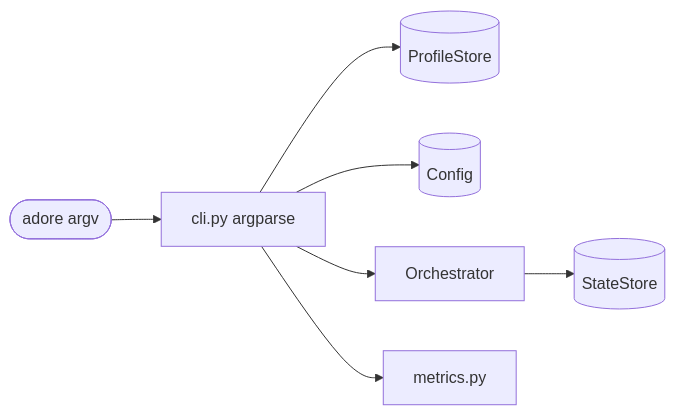
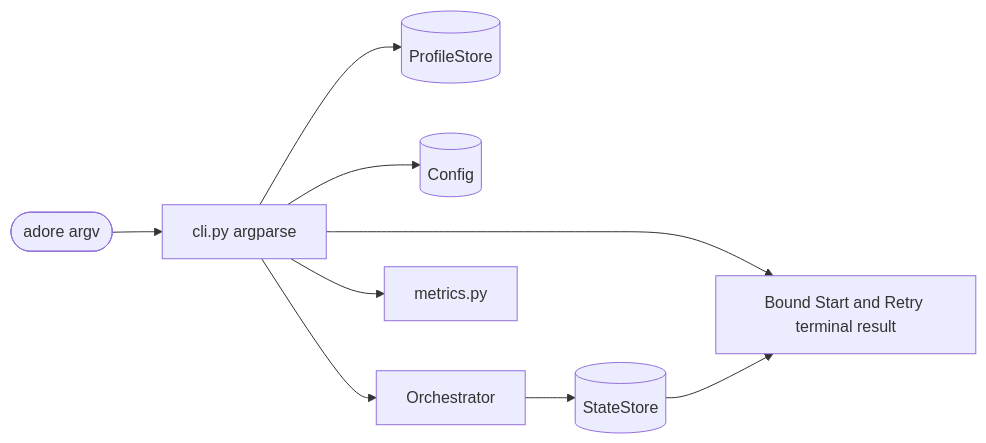
One commit to DDP-Engineering/AgenticDeliveryOrchestratorRuntimeEngine changed the diagram in .agentic/knowledge/cli.md. Above: the diagram before and after it, drawn with Mermaid. The commit also changed other lines of this file and 335 other files, not shown here.

````diff
--- a/.agentic/knowledge/cli.md
+++ b/.agentic/knowledge/cli.md
@@ -91,9 +99,11 @@
 ```mermaid
 flowchart LR
     argv([adore argv]) --> parser[cli.py argparse]
     parser --> profiles[(ProfileStore)]
     parser --> config[(Config)]
     parser --> engine[Orchestrator]
     parser --> metrics[metrics.py]
     engine --> state[(StateStore)]
+    parser --> Result[Bound Start and Retry terminal result]
+    state --> Result
 ```
````
